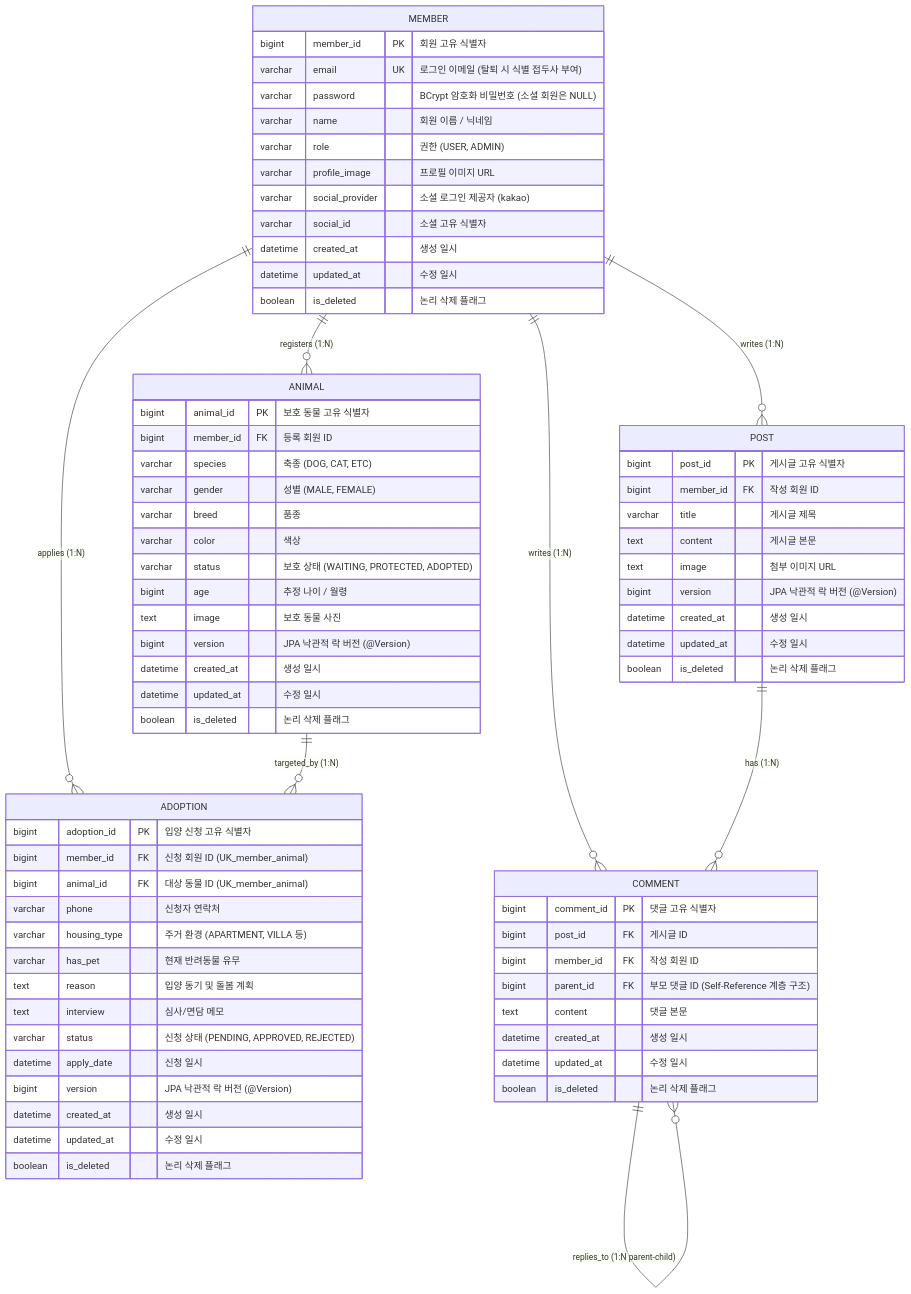
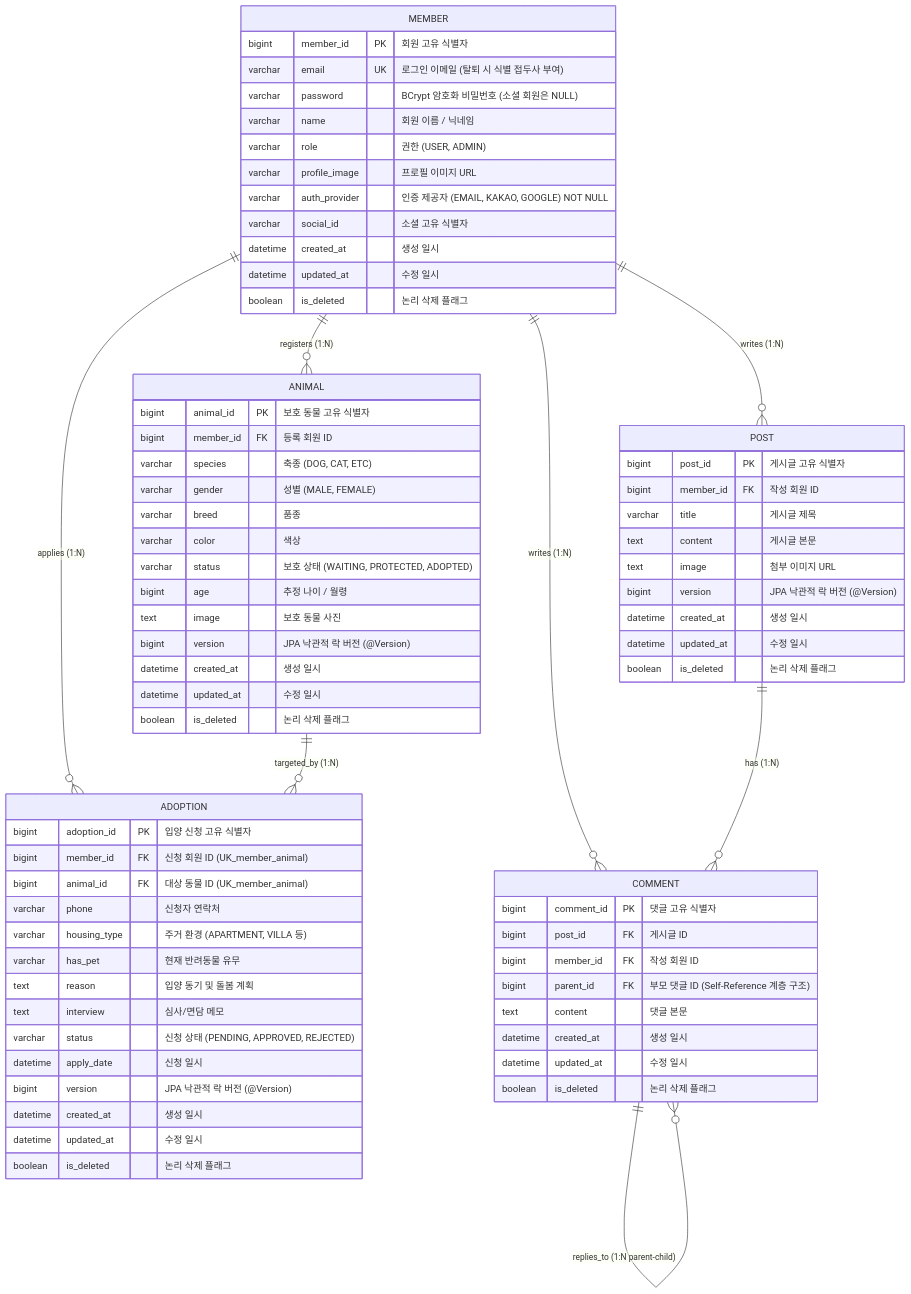
The fourth of 4 diagrams in api.md (cookiboii/paw-mate-frontend), drawn with Mermaid before and after one commit. The commit also changed other lines of this file and 8 other files, not shown here.

````diff
--- a/api.md
+++ b/api.md
@@ -392,80 +443,80 @@
 ```mermaid
 erDiagram
     MEMBER ||--o{ ANIMAL : "registers (1:N)"
     MEMBER ||--o{ POST : "writes (1:N)"
     MEMBER ||--o{ ADOPTION : "applies (1:N)"
     MEMBER ||--o{ COMMENT : "writes (1:N)"
     ANIMAL ||--o{ ADOPTION : "targeted_by (1:N)"
     POST ||--o{ COMMENT : "has (1:N)"
     COMMENT ||--o{ COMMENT : "replies_to (1:N parent-child)"
 
     MEMBER {
         bigint member_id PK "회원 고유 식별자"
         varchar email UK "로그인 이메일 (탈퇴 시 식별 접두사 부여)"
         varchar password "BCrypt 암호화 비밀번호 (소셜 회원은 NULL)"
         varchar name "회원 이름 / 닉네임"
         varchar role "권한 (USER, ADMIN)"
         varchar profile_image "프로필 이미지 URL"
-        varchar social_provider "소셜 로그인 제공자 (kakao)"
+        varchar auth_provider "인증 제공자 (EMAIL, KAKAO, GOOGLE) NOT NULL"
         varchar social_id "소셜 고유 식별자"
         datetime created_at "생성 일시"
         datetime updated_at "수정 일시"
         boolean is_deleted "논리 삭제 플래그"
     }
 
     ANIMAL {
         bigint animal_id PK "보호 동물 고유 식별자"
         bigint member_id FK "등록 회원 ID"
         varchar species "축종 (DOG, CAT, ETC)"
         varchar gender "성별 (MALE, FEMALE)"
         varchar breed "품종"
         varchar color "색상"
         varchar status "보호 상태 (WAITING, PROTECTED, ADOPTED)"
         bigint age "추정 나이 / 월령"
         text image "보호 동물 사진"
         bigint version "JPA 낙관적 락 버전 (@Version)"
         datetime created_at "생성 일시"
         datetime updated_at "수정 일시"
         boolean is_deleted "논리 삭제 플래그"
     }
 
     ADOPTION {
         bigint adoption_id PK "입양 신청 고유 식별자"
         bigint member_id FK "신청 회원 ID (UK_member_animal)"
         bigint animal_id FK "대상 동물 ID (UK_member_animal)"
         varchar phone "신청자 연락처"
         varchar housing_type "주거 환경 (APARTMENT, VILLA 등)"
         varchar has_pet "현재 반려동물 유무"
         text reason "입양 동기 및 돌봄 계획"
         text interview "심사/면담 메모"
         varchar status "신청 상태 (PENDING, APPROVED, REJECTED)"
         datetime apply_date "신청 일시"
         bigint version "JPA 낙관적 락 버전 (@Version)"
         datetime created_at "생성 일시"
         datetime updated_at "수정 일시"
         boolean is_deleted "논리 삭제 플래그"
     }
 
     POST {
         bigint post_id PK "게시글 고유 식별자"
         bigint member_id FK "작성 회원 ID"
         varchar title "게시글 제목"
         text content "게시글 본문"
         text image "첨부 이미지 URL"
         bigint version "JPA 낙관적 락 버전 (@Version)"
         datetime created_at "생성 일시"
         datetime updated_at "수정 일시"
         boolean is_deleted "논리 삭제 플래그"
     }
 
     COMMENT {
         bigint comment_id PK "댓글 고유 식별자"
         bigint post_id FK "게시글 ID"
         bigint member_id FK "작성 회원 ID"
         bigint parent_id FK "부모 댓글 ID (Self-Reference 계층 구조)"
         text content "댓글 본문"
         datetime created_at "생성 일시"
         datetime updated_at "수정 일시"
         boolean is_deleted "논리 삭제 플래그"
     }
 ```
````
